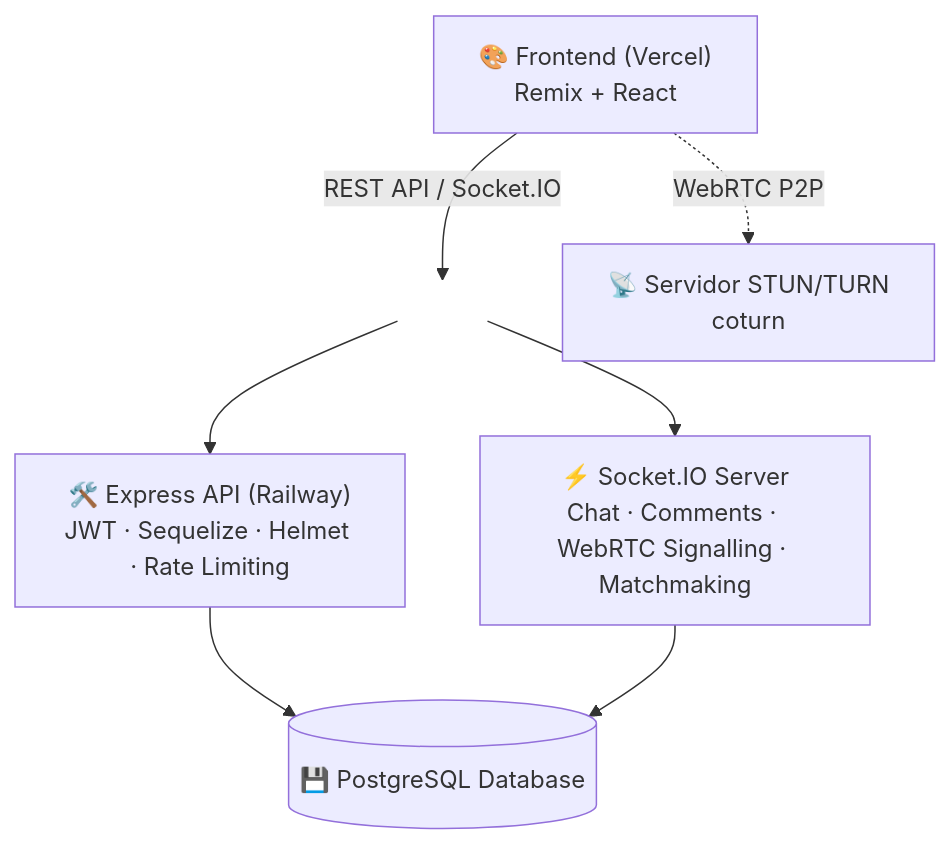
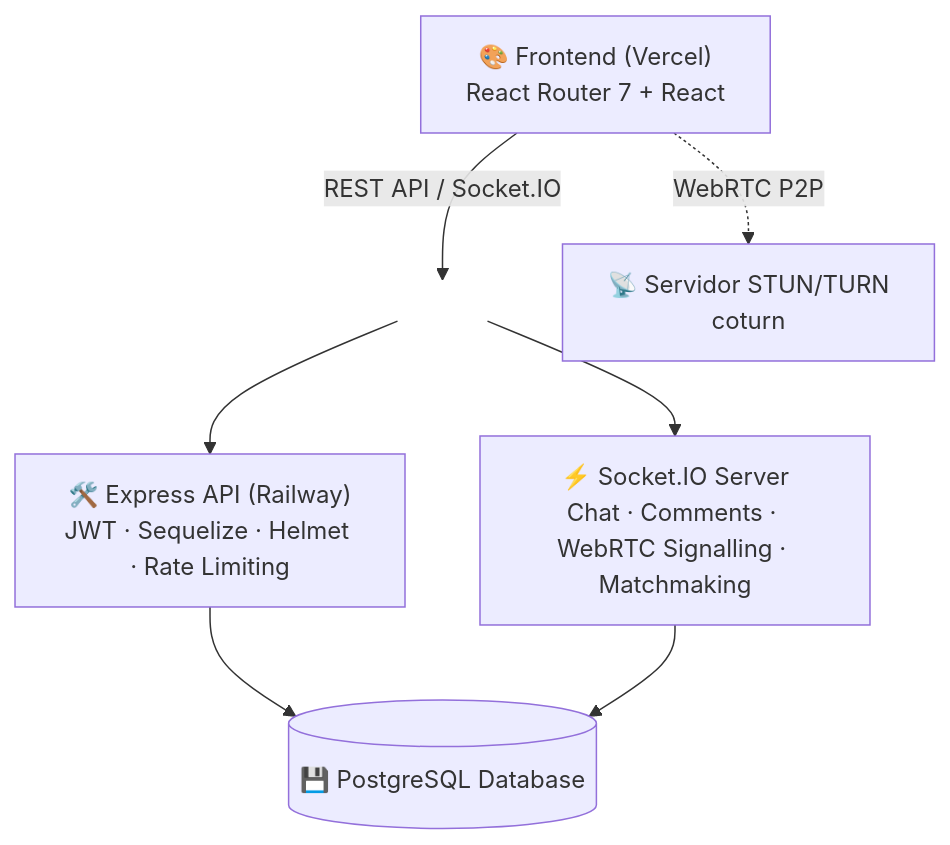
One commit to SoyManoolo/M12 changed the second of 2 diagrams in README.md. Above: the diagram before and after it, drawn with Mermaid. The commit also changed other lines of this file, not shown here.

Commit message:
docs: update project status and roadmap

````diff
--- a/README.md
+++ b/README.md
@@ -87,15 +94,15 @@
 ```mermaid
 graph TD
-    Frontend["🎨 Frontend (Vercel)<br>Remix + React"]
+    Frontend["🎨 Frontend (Vercel)<br>React Router 7 + React"]
     Frontend -->|"REST API / Socket.IO"| Split
     style Split fill:none,stroke:none,color:none
     Split[ ]
     BackendAPI["🛠️ Express API (Railway)<br>JWT · Sequelize · Helmet · Rate Limiting"]
     BackendSocket["⚡ Socket.IO Server<br>Chat · Comments · WebRTC Signalling · Matchmaking"]
     TURN["📡 Servidor STUN/TURN<br>coturn"]
     Split --> BackendAPI
     Split --> BackendSocket
     Frontend -.->|"WebRTC P2P"| TURN
     BackendAPI --> DB[("💾 PostgreSQL Database")]
     BackendSocket --> DB
 ```
````
